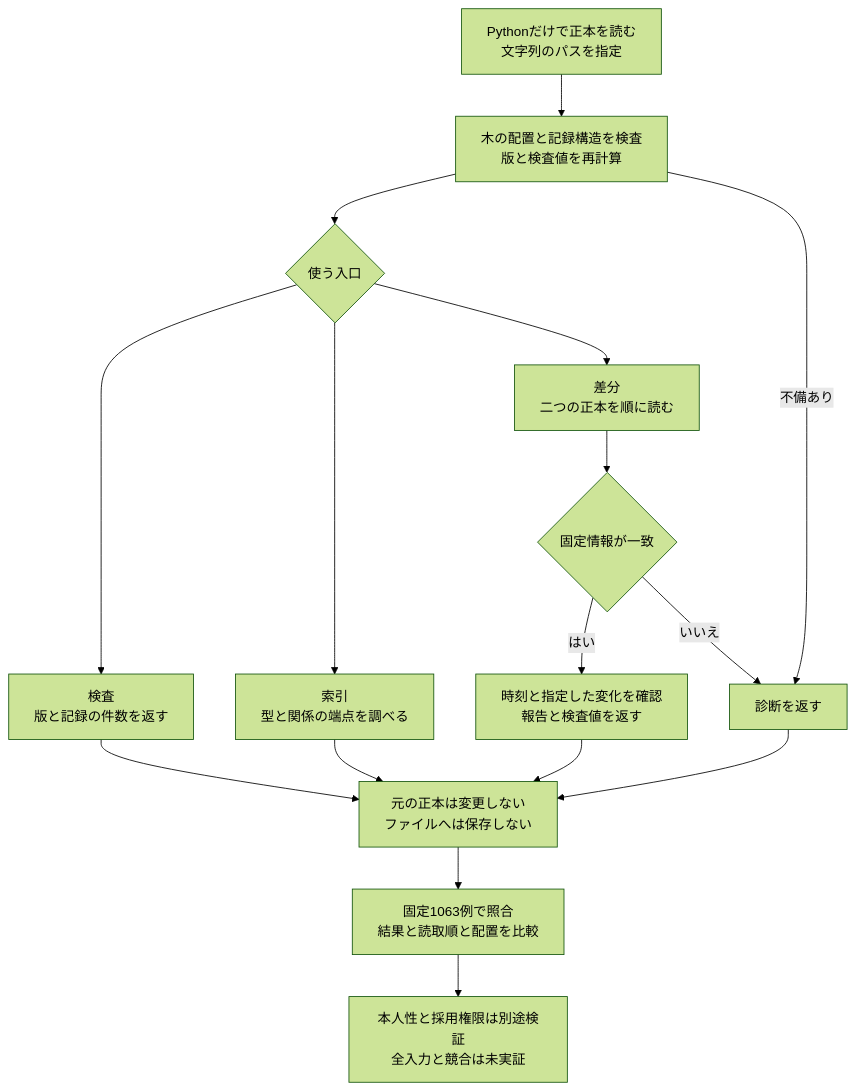
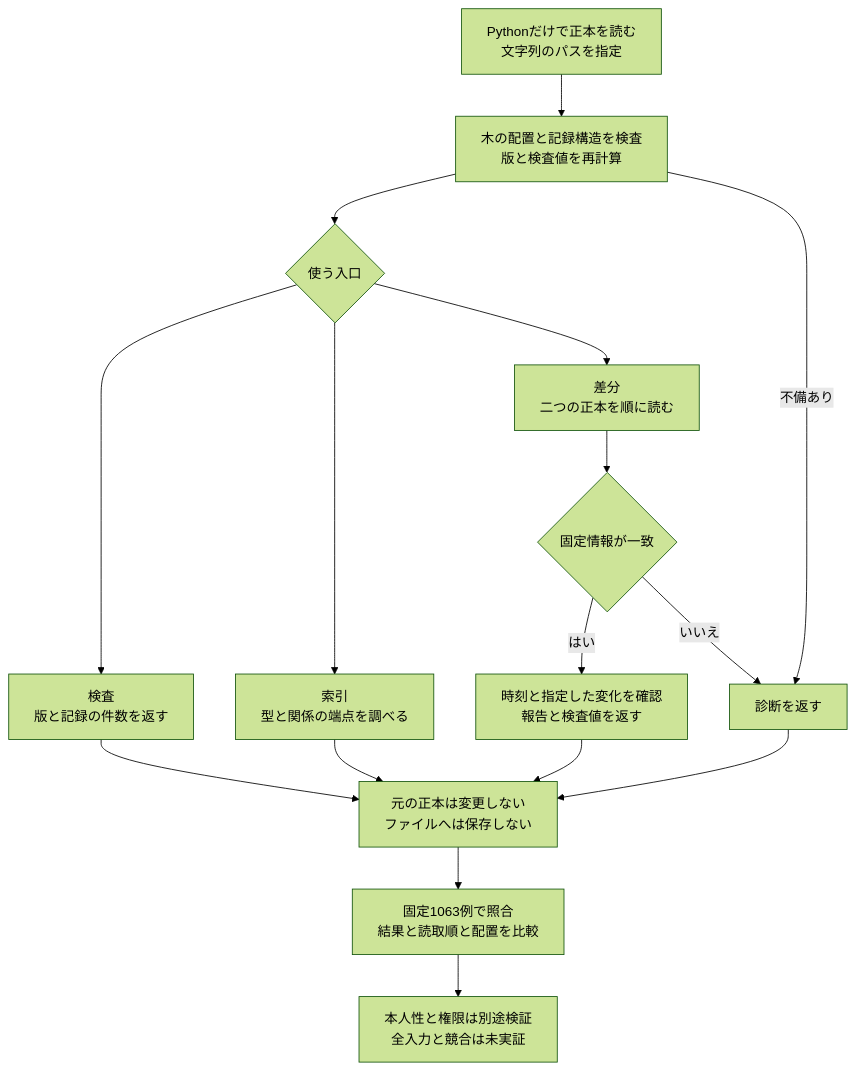
One commit to koukemo/morivyx changed the diagram in docs/diagrams/python-package-file-api.mmd. Above: the diagram before and after it, drawn with Mermaid (forest theme). The commit also changed 1 other file, not shown here.

Commit message:
[docs] 図の検証範囲のラベルを短く整える

```diff
--- a/docs/diagrams/python-package-file-api.mmd
+++ b/docs/diagrams/python-package-file-api.mmd
@@ -1,16 +1,16 @@
 flowchart TB
   A["Pythonだけで正本を読む<br/>文字列のパスを指定"] --> B["木の配置と記録構造を検査<br/>版と検査値を再計算"]
   B --> C{"使う入口"}
   C --> D["検査<br/>版と記録の件数を返す"]
   C --> E["索引<br/>型と関係の端点を調べる"]
   C --> F["差分<br/>二つの正本を順に読む"]
   F --> G{"固定情報が一致"}
   G -->|はい| H["時刻と指定した変化を確認<br/>報告と検査値を返す"]
   G -->|いいえ| I["診断を返す"]
   B -->|不備あり| I
   D --> J["元の正本は変更しない<br/>ファイルへは保存しない"]
   E --> J
   H --> J
   I --> J
   J --> K["固定1063例で照合<br/>結果と読取順と配置を比較"]
-  K --> L["本人性と採用権限は別途検証<br/>全入力と競合は未実証"]
+  K --> L["本人性と権限は別途検証<br/>全入力と競合は未実証"]
```
